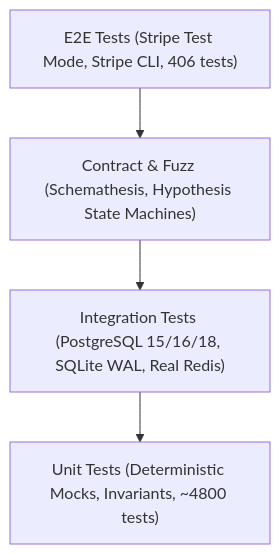
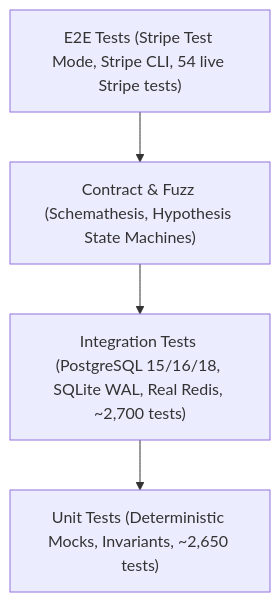
The first of 2 diagrams in docs/TESTING.md (nadeko0/fastapi_e-commerce_backend), drawn with Mermaid before and after one commit. The commit also changed other lines of this file and 12 other files, not shown here.

````diff
--- a/docs/TESTING.md
+++ b/docs/TESTING.md
@@ -7,6 +7,6 @@
 ```mermaid
 flowchart TD
-    E2E["E2E Tests (Stripe Test Mode, Stripe CLI, 406 tests)"] --> Fuzz["Contract & Fuzz (Schemathesis, Hypothesis State Machines)"]
-    Fuzz --> Integration["Integration Tests (PostgreSQL 15/16/18, SQLite WAL, Real Redis)"]
-    Integration --> Unit["Unit Tests (Deterministic Mocks, Invariants, ~4800 tests)"]
+    E2E["E2E Tests (Stripe Test Mode, Stripe CLI, 54 live Stripe tests)"] --> Fuzz["Contract & Fuzz (Schemathesis, Hypothesis State Machines)"]
+    Fuzz --> Integration["Integration Tests (PostgreSQL 15/16/18, SQLite WAL, Real Redis, ~2,700 tests)"]
+    Integration --> Unit["Unit Tests (Deterministic Mocks, Invariants, ~2,650 tests)"]
 ```
````
